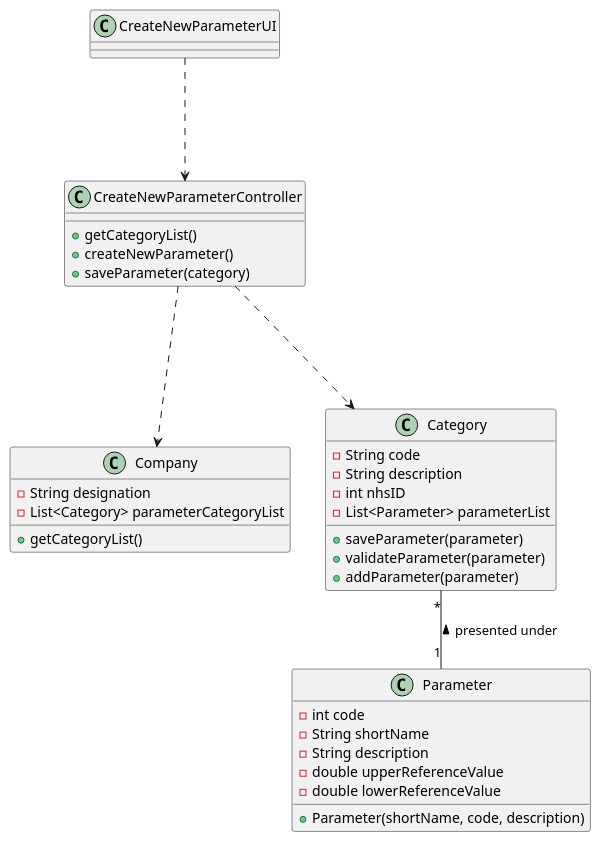
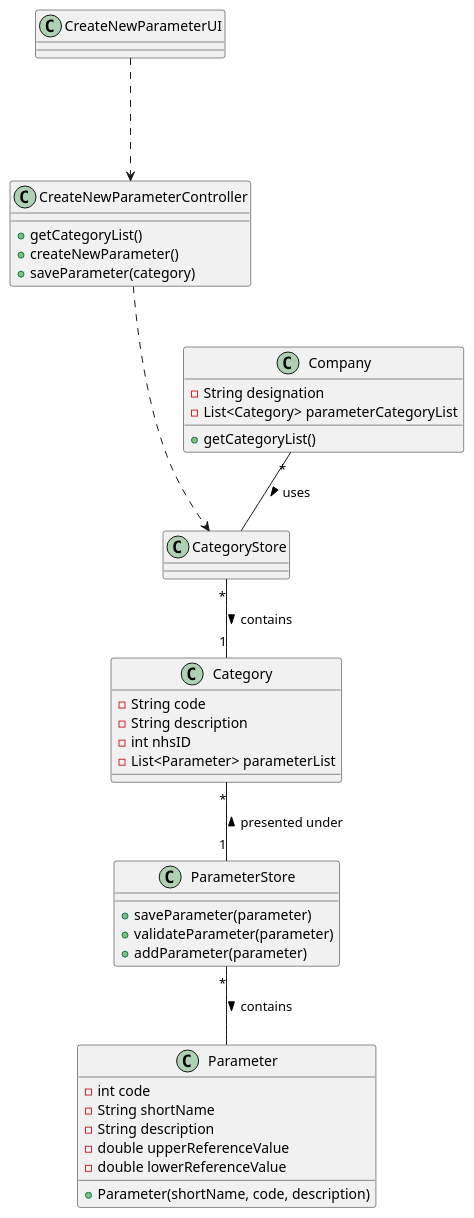
One commit to MadDinosaur/ISEP-LAPR2 changed the diagram in docs/SprintC/US10/US10_CD.puml. Above: the diagram before and after it, drawn with PlantUML. The commit also changed 4 other files, not shown here.

```diff
--- a/docs/SprintC/US10/US10_CD.puml
+++ b/docs/SprintC/US10/US10_CD.puml
@@ -1,47 +1,55 @@
 @startuml
 
 
 class Parameter {
 -int code
 -String shortName
 -String description
 -double upperReferenceValue
 -double lowerReferenceValue
 
 +Parameter(shortName, code, description)
 }
 
 class CreateNewParameterUI{
 }
 
 class CreateNewParameterController{
 
 +getCategoryList()
 +createNewParameter()
 +saveParameter(category)
 }
 
 class Company{
 -String designation
 -List<Category> parameterCategoryList
 
 +getCategoryList()
 }
 
 class Category {
 -String code
 -String description
 -int nhsID
 -List<Parameter> parameterList
 
+}
+
+class CategoryStore{
+}
+
+class ParameterStore{
 +saveParameter(parameter)
 +validateParameter(parameter)
 +addParameter(parameter)
 }
 
 CreateNewParameterUI ...> CreateNewParameterController
-CreateNewParameterController ...> Category
-CreateNewParameterController ...> Company
-Category "*"--"1" Parameter : presented under <
+CreateNewParameterController ...> CategoryStore
+Category "*"--"1" ParameterStore : presented under <
+CategoryStore "*"--"1" Category : contains >
+Company "*"-- CategoryStore : uses >
+ParameterStore "*"-- Parameter : contains >
 
 @enduml
```
